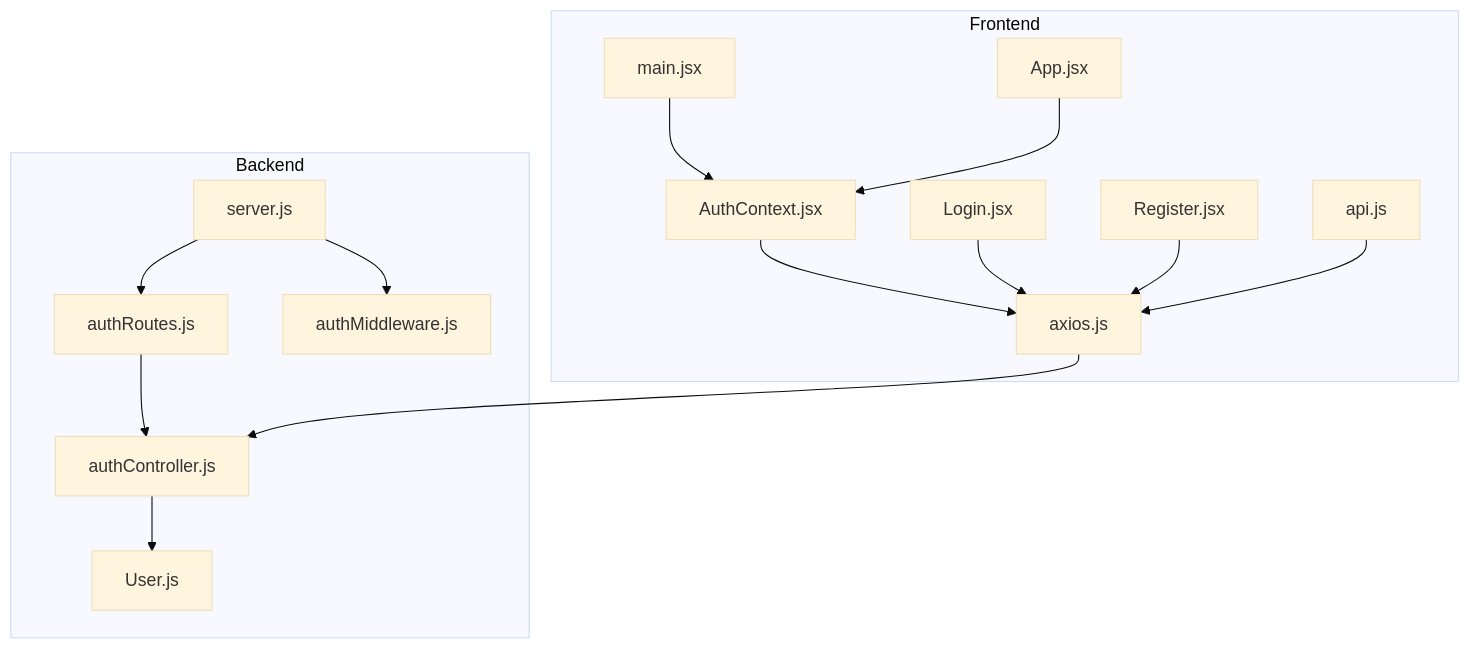
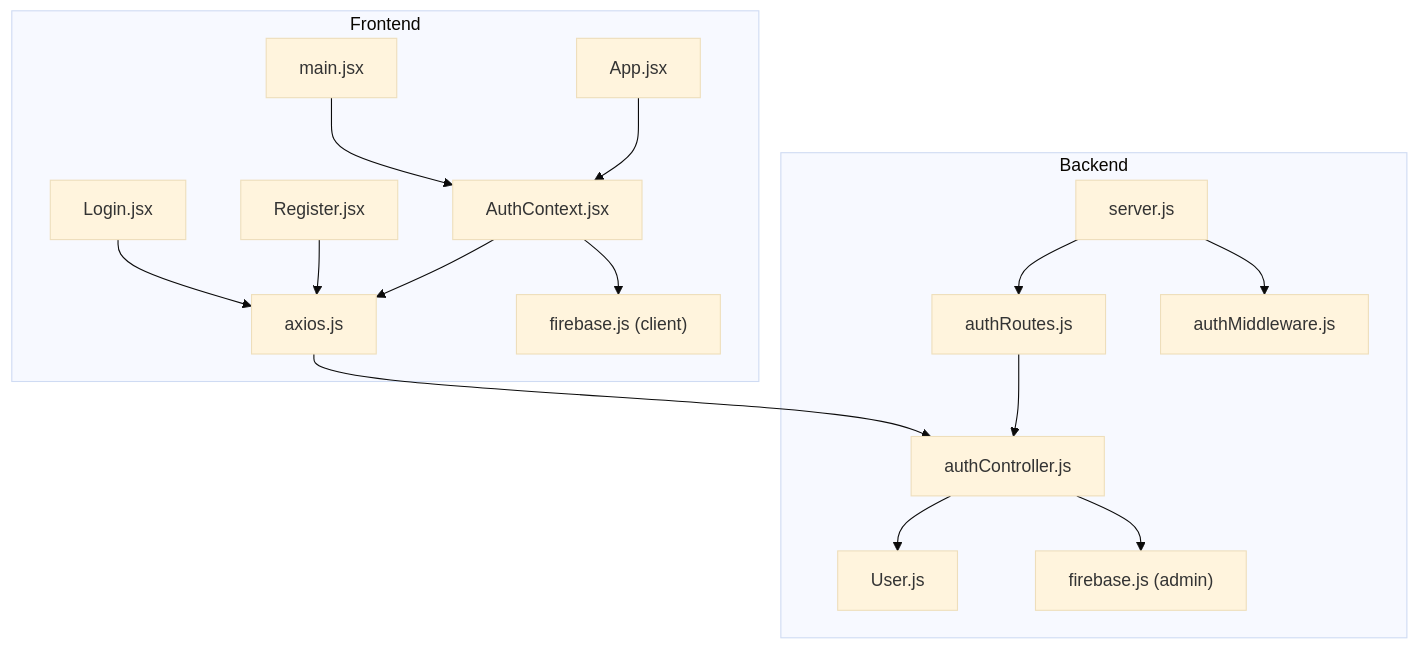
The first of 5 diagrams in .qoder/repowiki/en/content/Authentication & Authorization/JWT Token Flow & Management.md (Pavan-PSPK9032/TrendsandToss), drawn with Mermaid (base theme) before and after one commit. The commit also changed other lines of this file and 9 other files, not shown here.

````diff
--- a/.qoder/repowiki/en/content/Authentication & Authorization/JWT Token Flow & Management.md
+++ b/.qoder/repowiki/en/content/Authentication & Authorization/JWT Token Flow & Management.md
@@ -46,29 +48,31 @@
 ```mermaid
 graph TB
 subgraph "Backend"
 S["server.js"]
 AR["authRoutes.js"]
 AC["authController.js"]
 AM["authMiddleware.js"]
 UM["User.js"]
+FC["firebase.js (admin)"]
 end
 subgraph "Frontend"
 MAIN["main.jsx"]
 AX["axios.js"]
-API["api.js"]
 LC["Login.jsx"]
 RC["Register.jsx"]
 CTX["AuthContext.jsx"]
+FB["firebase.js (client)"]
 APP["App.jsx"]
 end
 S --> AR --> AC
 AC --> UM
+AC --> FC
 S --> AM
 MAIN --> CTX
 CTX --> AX
+CTX --> FB
 APP --> CTX
 LC --> AX
 RC --> AX
 AX --> AC
-API --> AX
 ```
````
